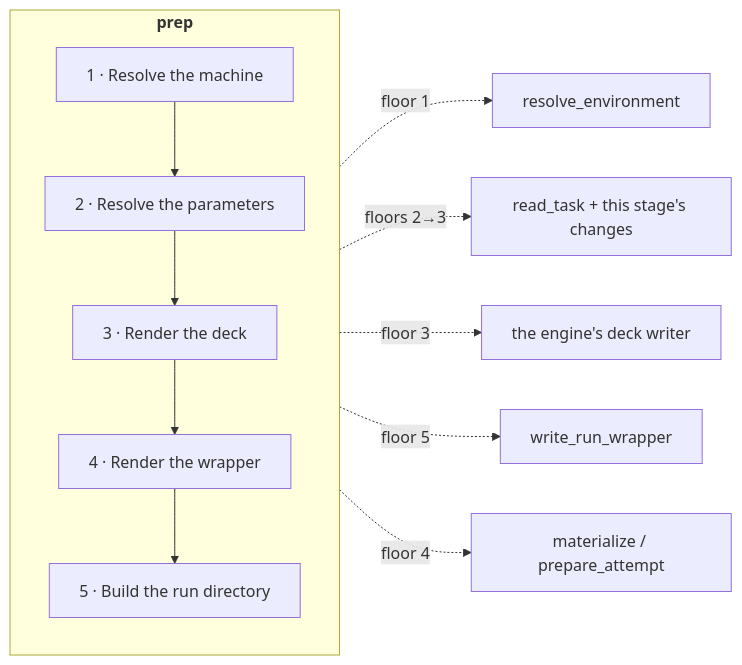
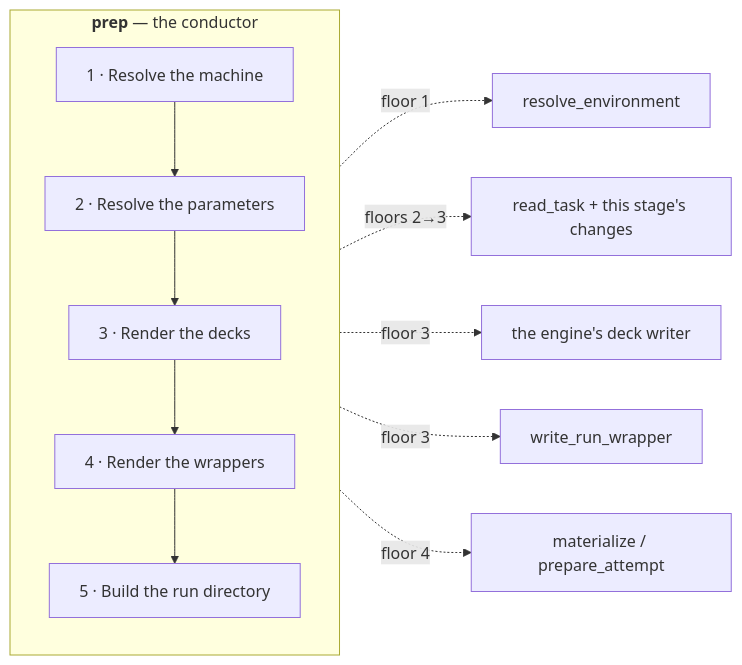
Before and after one commit to Qing-LAB/molbuilder: the fourth of 9 diagrams in docs/execution/architecture.md, drawn with Mermaid. The commit also changed other lines of this file and 106 other files, not shown here.

````diff
--- a/docs/execution/architecture.md
+++ b/docs/execution/architecture.md
@@ -408,14 +414,14 @@
 ```mermaid
 flowchart LR
-    subgraph PREP["<b>prep</b>"]
+    subgraph PREP["<b>prep</b> — the conductor"]
       direction TB
       p1["1 · Resolve the machine"] --> p2["2 · Resolve the parameters"]
-      p2 --> p3["3 · Render the deck"] --> p4["4 · Render the wrapper"]
+      p2 --> p3["3 · Render the decks"] --> p4["4 · Render the wrappers"]
       p4 --> p5["5 · Build the run directory"]
     end
     p1 -.->|"floor 1"| q1["resolve_environment"]
     p2 -.->|"floors 2→3"| q2["read_task + this stage's changes"]
     p3 -.->|"floor 3"| q3["the engine's deck writer"]
-    p4 -.->|"floor 5"| q4["write_run_wrapper"]
+    p4 -.->|"floor 3"| q4["write_run_wrapper"]
     p5 -.->|"floor 4"| q5["materialize / prepare_attempt"]
 ```
````
